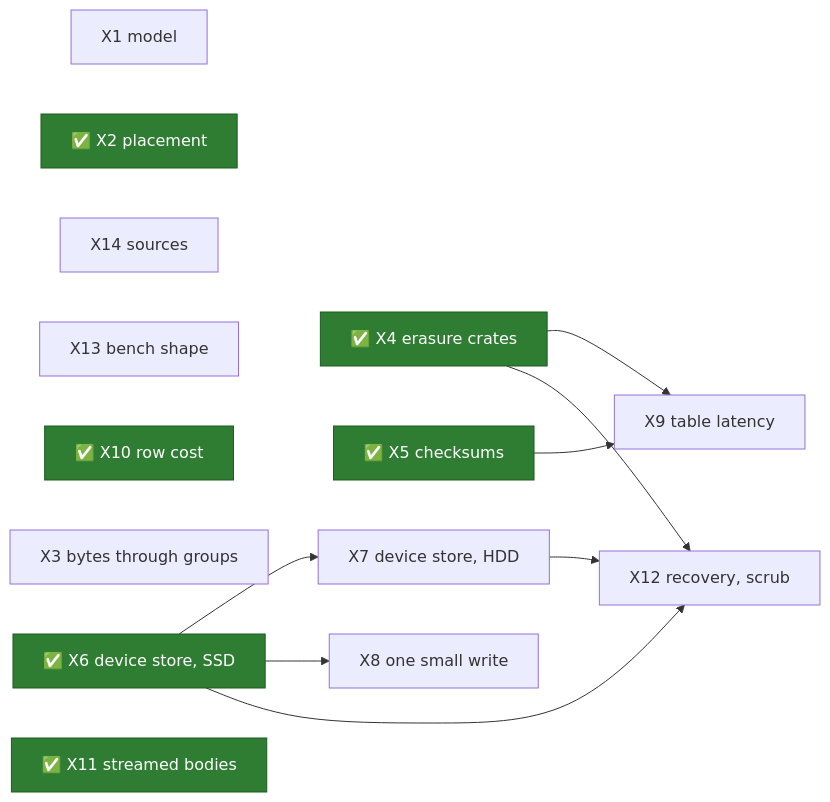
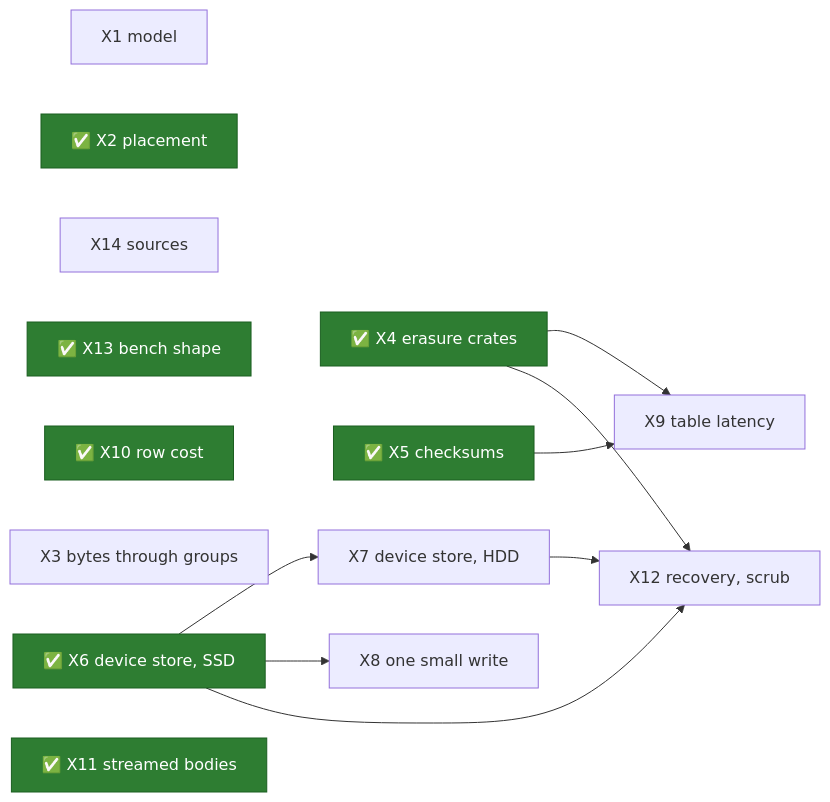
The diagram in docs/src/object-storage/spikes.md (mjcarson/shoal), drawn with Mermaid before and after one commit. The commit also changed other lines of this file and 77 other files, not shown here.

````diff
--- a/docs/src/object-storage/spikes.md
+++ b/docs/src/object-storage/spikes.md
@@ -727,25 +739,25 @@
 ```mermaid
 flowchart LR
     classDef done fill:#2e7d32,stroke:#1b5e20,color:#ffffff
     X1["X1 model"]
     X2["✅ X2 placement"]:::done
     X14["X14 sources"]
-    X13["X13 bench shape"]
+    X13["✅ X13 bench shape"]:::done
     X10["✅ X10 row cost"]:::done
     X3["X3 bytes through groups"]
     X4["✅ X4 erasure crates"]:::done
     X5["✅ X5 checksums"]:::done
     X6["✅ X6 device store, SSD"]:::done
     X7["X7 device store, HDD"]
     X8["X8 one small write"]
     X9["X9 table latency"]
     X11["✅ X11 streamed bodies"]:::done
     X12["X12 recovery, scrub"]
     X4 --> X9
     X5 --> X9
     X6 --> X7
     X6 --> X8
     X4 --> X12
     X6 --> X12
     X7 --> X12
 ```
````
